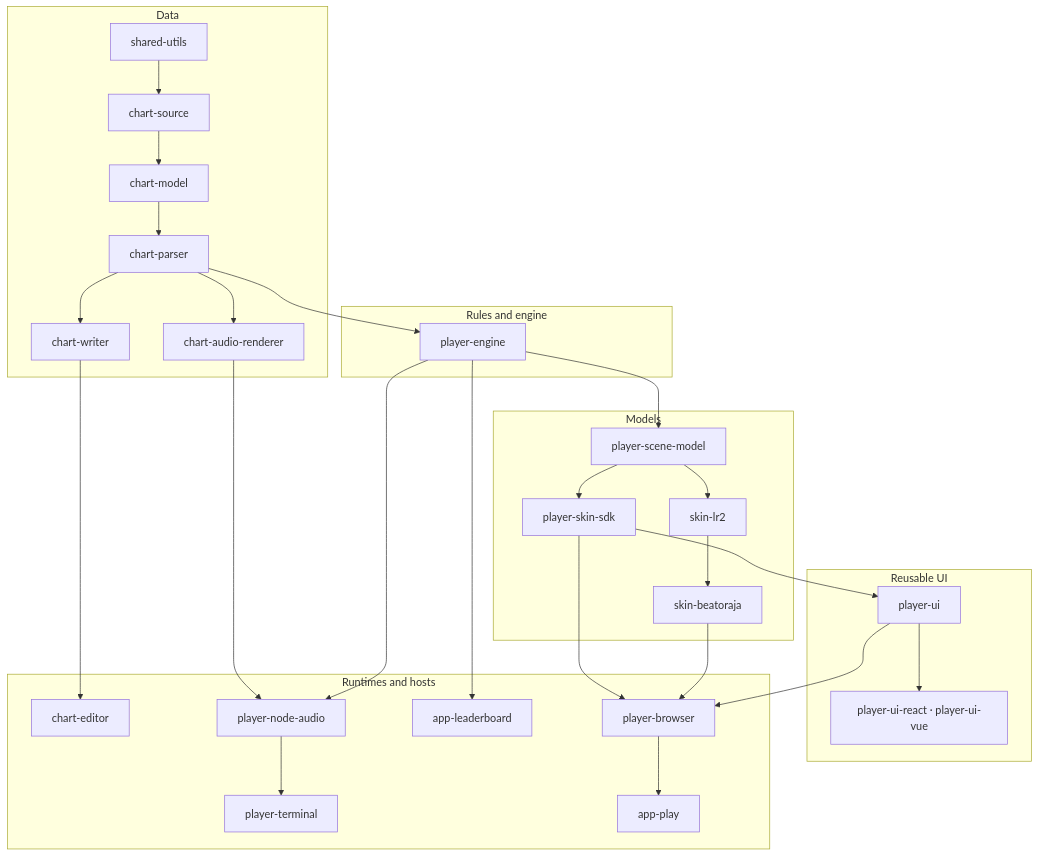
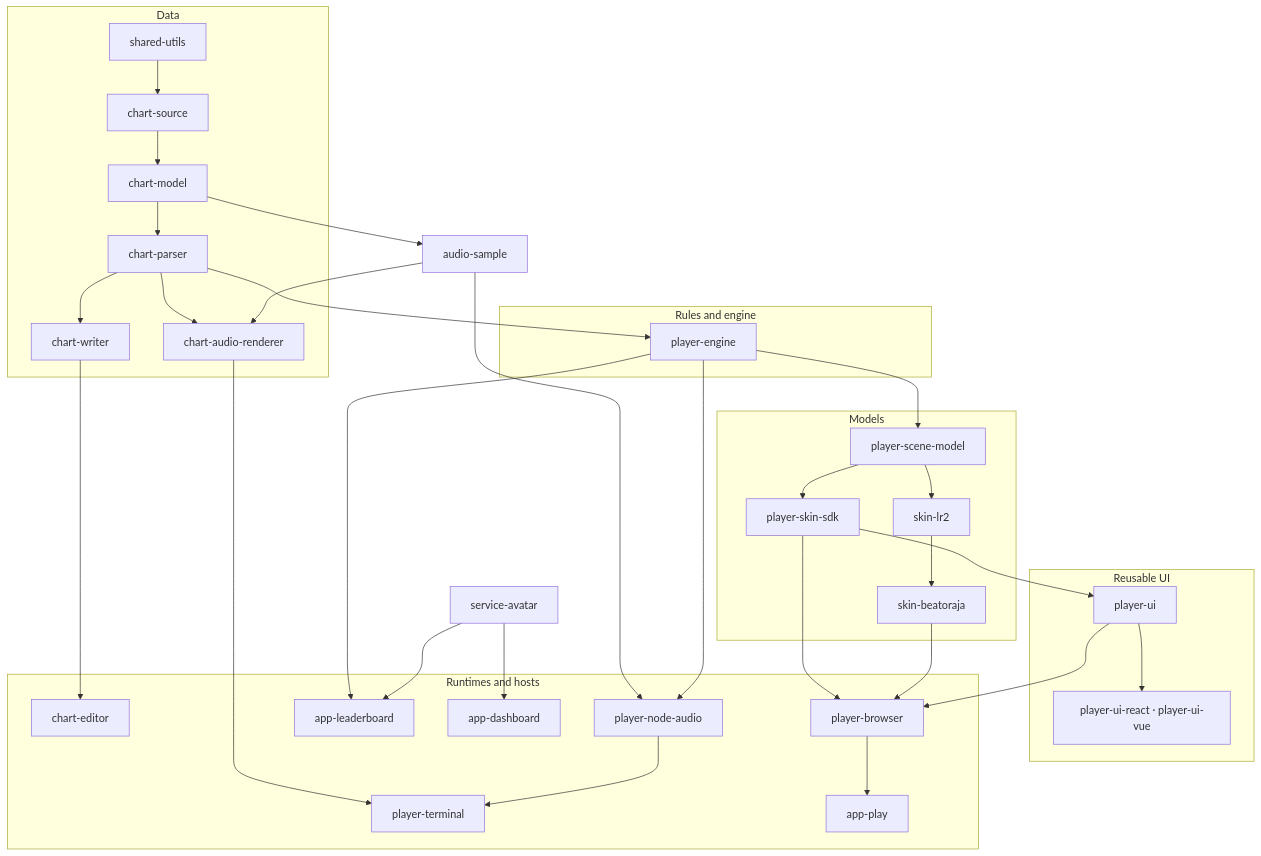
One commit to nulltask/be-music changed the diagram in README.md. Above: the diagram before and after it, drawn with Mermaid. The commit also changed other lines of this file and 55 other files, not shown here.

Commit message:
feat: extract shared avatar and audio sample packages

````diff
--- a/README.md
+++ b/README.md
@@ -81,44 +83,49 @@
 ```mermaid
 flowchart TD
   subgraph data["Data"]
     utils["shared-utils"] --> json["chart-source"] --> chart["chart-model"] --> parser["chart-parser"]
     parser --> chart-writer["chart-writer"]
     parser --> renderer["chart-audio-renderer"]
   end
   subgraph rules["Rules and engine"]
     player["player-engine"]
   end
   subgraph models["Models"]
     scene["player-scene-model"]
     sdk["player-skin-sdk"]
     lr2["skin-lr2"]
     beatoraja["skin-beatoraja"]
   end
   subgraph presentation["Reusable UI"]
     ui["player-ui"]
     wrappers["player-ui-react · player-ui-vue"]
   end
 
   subgraph hosts["Runtimes and hosts"]
     editor["chart-editor"]
     tui["player-terminal"]
     nodeaudio["player-node-audio"]
     lb["app-leaderboard"]
+    dashboard["app-dashboard"]
     web["player-browser"]
     app["app-play"]
   end
 
   chart-writer --> editor
   parser --> player
-  renderer --> nodeaudio
+  chart --> sample["audio-sample"] --> renderer
+  sample --> nodeaudio
+  renderer --> tui
   player --> scene
   player --> nodeaudio --> tui
   player --> lb
+  avatar["service-avatar"] --> lb
+  avatar --> dashboard
   scene --> sdk
   scene --> lr2 --> beatoraja
   sdk --> ui --> web
   ui --> wrappers
   sdk --> web
   beatoraja --> web
   web --> app
 ```
````
